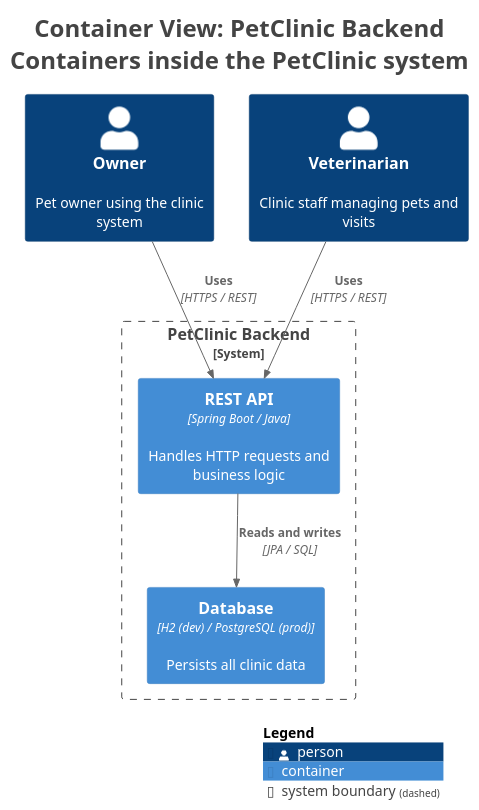
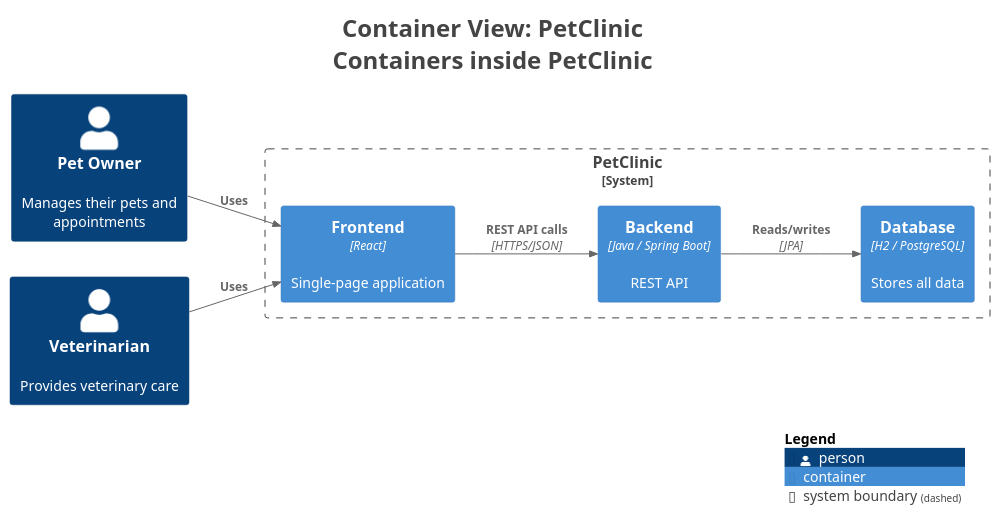
Before and after one commit to victorrentea/petclinic: the diagram in petclinic-backend/docs/c4views/Containers.puml, drawn with PlantUML. The commit also changed 28 other files, not shown here.

```diff
--- a/petclinic-backend/docs/c4views/Containers.puml
+++ b/petclinic-backend/docs/c4views/Containers.puml
@@ -1,32 +1,34 @@
 @startuml
-title <size:24>Container View: PetClinic Backend</size>\n<size:24>Containers inside the PetClinic system</size>
+title <size:24>Container View: PetClinic</size>\n<size:24>Containers inside PetClinic</size>
 
 set separator none
-top to bottom direction
+left to right direction
 
 <style>
   root {
     BackgroundColor: #ffffff
     FontColor: #444444
   }
 </style>
 
 !include <C4/C4>
 !include <C4/C4_Context>
 !include <C4/C4_Container>
 
-Person(Owner, "Owner", $descr="Pet owner using the clinic system", $tags="", $link="")
-Person(Veterinarian, "Veterinarian", $descr="Clinic staff managing pets and visits", $tags="", $link="")
+Person(PetOwner, "Pet Owner", $descr="Manages their pets and appointments", $tags="", $link="")
+Person(Veterinarian, "Veterinarian", $descr="Provides veterinary care", $tags="", $link="")
 
-System_Boundary("PetClinicBackend_boundary", "PetClinic Backend", $tags="") {
-  Container(PetClinicBackend.RESTAPI, "REST API", $techn="Spring Boot / Java", $descr="Handles HTTP requests and business logic", $tags="", $link="")
-  Container(PetClinicBackend.Database, "Database", $techn="H2 (dev) / PostgreSQL (prod)", $descr="Persists all clinic data", $tags="", $link="")
+System_Boundary("PetClinic_boundary", "PetClinic", $tags="") {
+  Container(PetClinic.Frontend, "Frontend", $techn="React", $descr="Single-page application", $tags="", $link="")
+  Container(PetClinic.Backend, "Backend", $techn="Java / Spring Boot", $descr="REST API", $tags="", $link="")
+  Container(PetClinic.Database, "Database", $techn="H2 / PostgreSQL", $descr="Stores all data", $tags="", $link="")
 }
 
-Rel(Owner, PetClinicBackend.RESTAPI, "Uses", $techn="HTTPS / REST", $tags="", $link="")
-Rel(Veterinarian, PetClinicBackend.RESTAPI, "Uses", $techn="HTTPS / REST", $tags="", $link="")
-Rel(PetClinicBackend.RESTAPI, PetClinicBackend.Database, "Reads and writes", $techn="JPA / SQL", $tags="", $link="")
+Rel(Veterinarian, PetClinic.Frontend, "Uses", $techn="", $tags="", $link="")
+Rel(PetClinic.Frontend, PetClinic.Backend, "REST API calls", $techn="HTTPS/JSON", $tags="", $link="")
+Rel(PetClinic.Backend, PetClinic.Database, "Reads/writes", $techn="JPA", $tags="", $link="")
+Rel(PetOwner, PetClinic.Frontend, "Uses", $techn="", $tags="", $link="")
 
 SHOW_LEGEND(true)
 hide stereotypes
 @enduml
```
